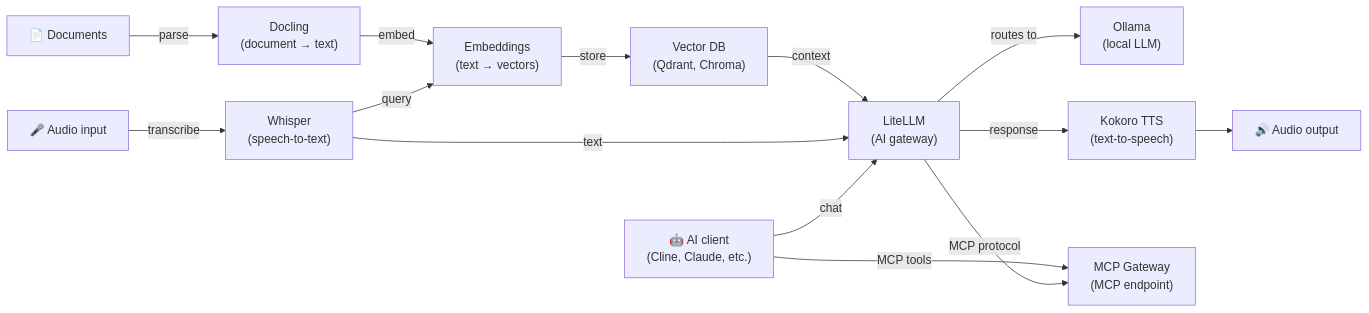
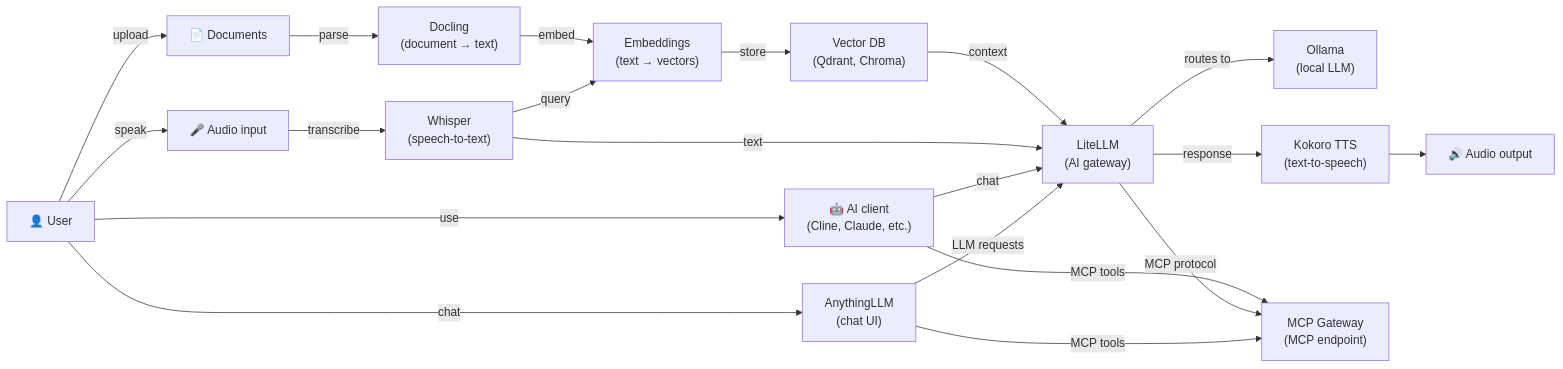
One commit to hwdsl2/self-hosted-ai-stack changed the diagram in README.md. Above: the diagram before and after it, drawn with Mermaid. The commit also changed 7 other files, not shown here.

````diff
--- a/README.md
+++ b/README.md
@@ -38,16 +38,22 @@
 ```mermaid
 graph LR
     A["🎤 Audio input"] -->|transcribe| W["Whisper<br/>(speech-to-text)"]
     D["📄 Documents"] -->|parse| DC["Docling<br/>(document → text)"]
     DC -->|embed| E["Embeddings<br/>(text → vectors)"]
     E -->|store| VDB["Vector DB<br/>(Qdrant, Chroma)"]
     W -->|query| E
     VDB -->|context| L["LiteLLM<br/>(AI gateway)"]
     W -->|text| L
     L -->|routes to| O["Ollama<br/>(local LLM)"]
     L -->|response| T["Kokoro TTS<br/>(text-to-speech)"]
     T --> B["🔊 Audio output"]
     C["🤖 AI client<br/>(Cline, Claude, etc.)"] -->|MCP tools| M["MCP Gateway<br/>(MCP endpoint)"]
     C -->|chat| L
     L -->|MCP protocol| M
+    U["👤 User"] -->|chat| AN["AnythingLLM<br/>(chat UI)"]
+    AN -->|LLM requests| L
+    AN -->|MCP tools| M
+    U -->|use| C
+    U -->|speak| A
+    U -->|upload| D
 ```
````
